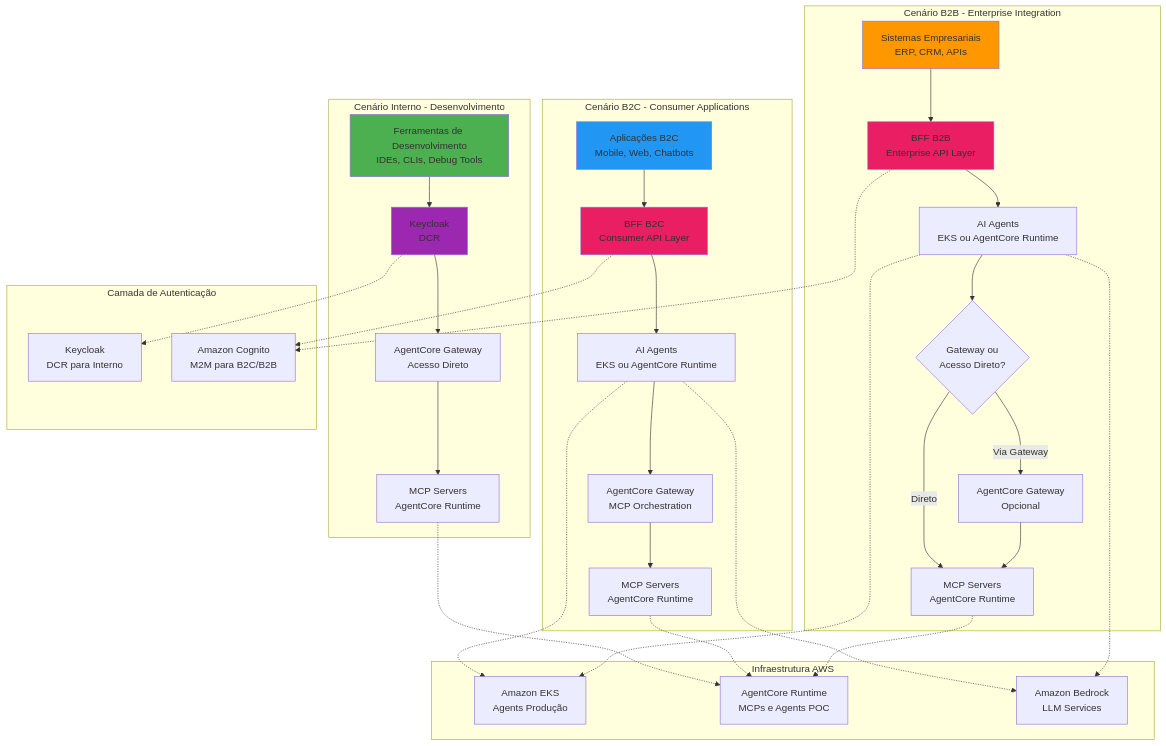
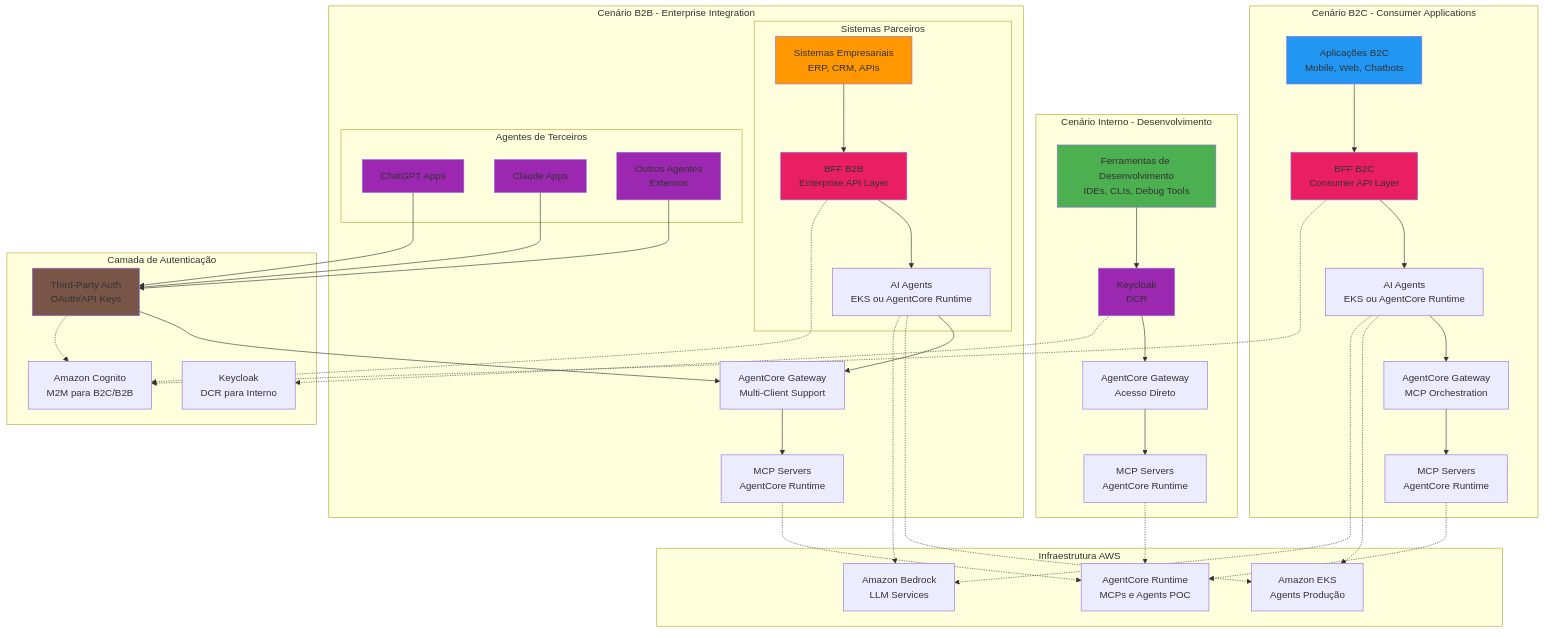
The seventh of 25 diagrams in README.md (thiagodavala/ai-foundation-arch), drawn with Mermaid before and after one commit. The commit also changed other lines of this file, not shown here.

````diff
--- a/README.md
+++ b/README.md
@@ -418,17 +465,26 @@
     end
     
     subgraph "Cenário B2B - Enterprise Integration"
-        ENTERPRISE[Sistemas Empresariais<br/>ERP, CRM, APIs]
-        BFF_B2B[BFF B2B<br/>Enterprise API Layer]
-        AGENTS_B2B[AI Agents<br/>EKS ou AgentCore Runtime]
-        DECISION_B2B{Gateway ou<br/>Acesso Direto?}
-        AGW_B2B[AgentCore Gateway<br/>Opcional]
+        subgraph "Sistemas Parceiros"
+            ENTERPRISE[Sistemas Empresariais<br/>ERP, CRM, APIs]
+            BFF_B2B[BFF B2B<br/>Enterprise API Layer]
+            AGENTS_B2B[AI Agents<br/>EKS ou AgentCore Runtime]
+        end
+        
+        subgraph "Agentes de Terceiros"
+            CHATGPT[ChatGPT Apps]
+            CLAUDE[Claude Apps]
+            OTHER_AGENTS[Outros Agentes<br/>Externos]
+        end
+        
+        AGW_B2B[AgentCore Gateway<br/>Multi-Client Support]
         MCP_B2B[MCP Servers<br/>AgentCore Runtime]
     end
     
     subgraph "Camada de Autenticação"
         KC[Keycloak<br/>DCR para Interno]
         COG[Amazon Cognito<br/>M2M para B2C/B2B]
+        THIRD_PARTY_AUTH[Third-Party Auth<br/>OAuth/API Keys]
     end
     
     subgraph "Infraestrutura AWS"
@@ -448,18 +504,24 @@
     AGENTS_B2C --> AGW_B2C
     AGW_B2C --> MCP_B2C
     
-    %% Fluxos Cenário B2B
+    %% Fluxos Cenário B2B - Sistemas Parceiros
     ENTERPRISE --> BFF_B2B
     BFF_B2B --> AGENTS_B2B
-    AGENTS_B2B --> DECISION_B2B
-    DECISION_B2B -->|Via Gateway| AGW_B2B
-    DECISION_B2B -->|Direto| MCP_B2B
+    AGENTS_B2B --> AGW_B2B
+    
+    %% Fluxos Cenário B2B - Agentes de Terceiros
+    CHATGPT --> THIRD_PARTY_AUTH
+    CLAUDE --> THIRD_PARTY_AUTH
+    OTHER_AGENTS --> THIRD_PARTY_AUTH
+    THIRD_PARTY_AUTH --> AGW_B2B
+    
     AGW_B2B --> MCP_B2B
     
     %% Conexões com Infraestrutura
     KC_INTERNAL -.-> KC
     BFF_B2C -.-> COG
     BFF_B2B -.-> COG
+    THIRD_PARTY_AUTH -.-> COG
     
     AGENTS_B2C -.-> EKS
     AGENTS_B2B -.-> EKS
@@ -473,7 +535,11 @@
     style DEV_TOOLS fill:#4caf50
     style CONSUMER_APPS fill:#2196f3
     style ENTERPRISE fill:#ff9800
+    style CHATGPT fill:#9c27b0
+    style CLAUDE fill:#9c27b0
+    style OTHER_AGENTS fill:#9c27b0
     style BFF_B2C fill:#e91e63
     style BFF_B2B fill:#e91e63
     style KC_INTERNAL fill:#9c27b0
+    style THIRD_PARTY_AUTH fill:#795548
 ```
````
